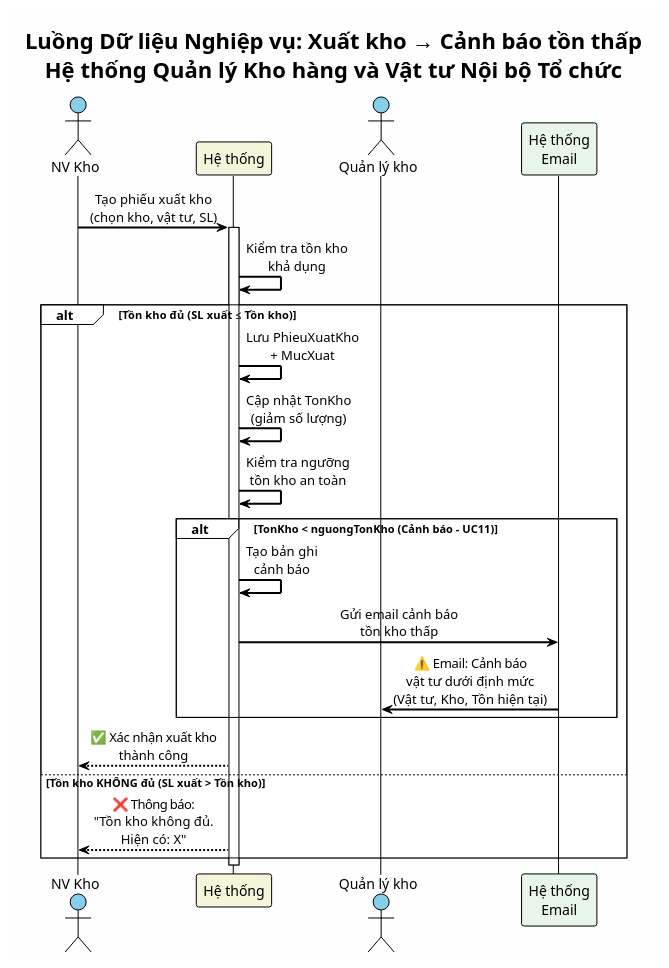
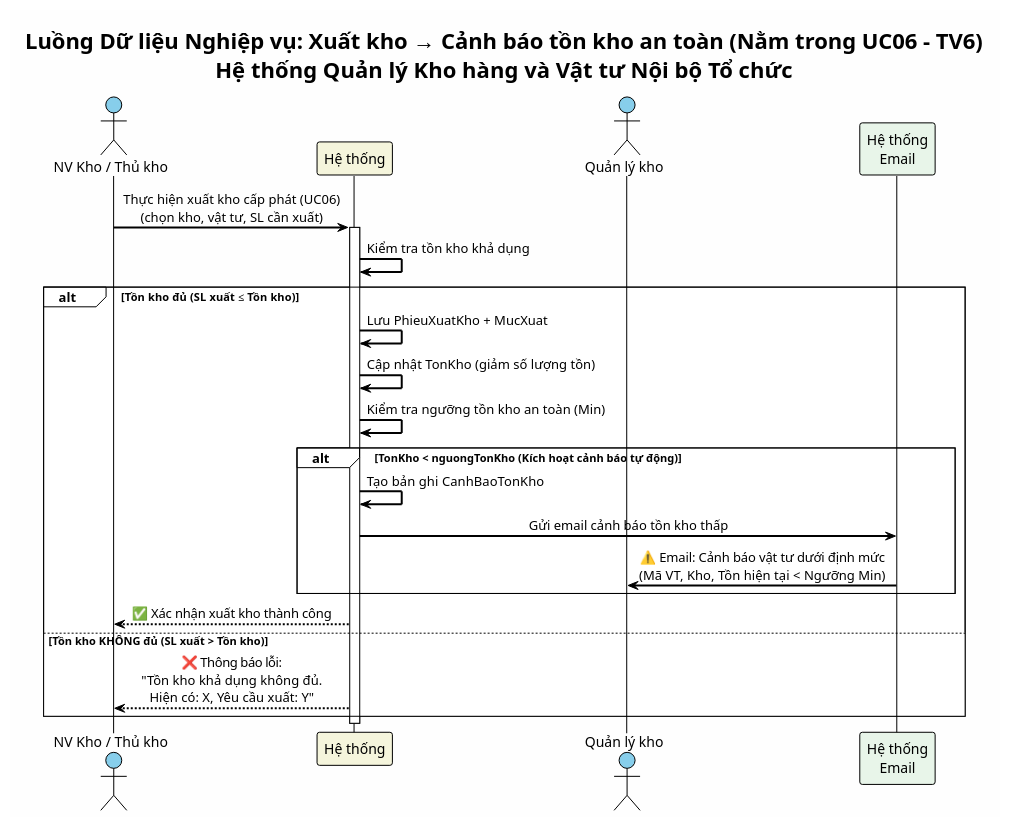
One commit to vuhoabinh2416137/G8_Quanlysanphamvakhohang changed the diagram in BTL-QuanLyKhoHang/plantuml/functional-model-flow-xuat-canh-bao.puml. Above: the diagram before and after it, drawn with PlantUML. The commit also changed 18 other files, not shown here.

Commit message:
feat(model): Chuan hoa 07 Use Case cot loi can bang 1-1 cho 7 thanh vien, cap nhat UCP 82.76, BFD, specs va diagrams

```diff
--- a/BTL-QuanLyKhoHang/plantuml/functional-model-flow-xuat-canh-bao.puml
+++ b/BTL-QuanLyKhoHang/plantuml/functional-model-flow-xuat-canh-bao.puml
@@ -1,43 +1,43 @@
 @startuml functional-model-flow-xuat-canh-bao
 !theme plain
 skinparam defaultFontName "Arial"
 skinparam backgroundColor #FEFEFE
 skinparam sequenceArrowThickness 2
 skinparam sequenceMessageAlign center
 
-title Luồng Dữ liệu Nghiệp vụ: Xuất kho → Cảnh báo tồn thấp\nHệ thống Quản lý Kho hàng và Vật tư Nội bộ Tổ chức
+title Luồng Dữ liệu Nghiệp vụ: Xuất kho → Cảnh báo tồn kho an toàn (Nằm trong UC06 - TV6)\nHệ thống Quản lý Kho hàng và Vật tư Nội bộ Tổ chức
 
-actor "NV Kho" as NV_K #87CEEB
+actor "NV Kho / Thủ kho" as NV_K #87CEEB
 participant "Hệ thống" as HT #F5F5DC
 actor "Quản lý kho" as QLK #87CEEB
 participant "Hệ thống\nEmail" as EMAIL #E8F5E9
 
-NV_K -> HT : Tạo phiếu xuất kho\n(chọn kho, vật tư, SL)
+NV_K -> HT : Thực hiện xuất kho cấp phát (UC06)\n(chọn kho, vật tư, SL cần xuất)
 activate HT
 
-HT -> HT : Kiểm tra tồn kho\nkhả dụng
+HT -> HT : Kiểm tra tồn kho khả dụng
 
 alt Tồn kho đủ (SL xuất ≤ Tồn kho)
 
-    HT -> HT : Lưu PhieuXuatKho\n+ MucXuat
-    HT -> HT : Cập nhật TonKho\n(giảm số lượng)
+    HT -> HT : Lưu PhieuXuatKho + MucXuat
+    HT -> HT : Cập nhật TonKho (giảm số lượng tồn)
 
-    HT -> HT : Kiểm tra ngưỡng\ntồn kho an toàn
+    HT -> HT : Kiểm tra ngưỡng tồn kho an toàn (Min)
 
-    alt TonKho < nguongTonKho (Cảnh báo - UC11)
-        HT -> HT : Tạo bản ghi\ncảnh báo
-        HT -> EMAIL : Gửi email cảnh báo\ntồn kho thấp
-        EMAIL -> QLK : ⚠️ Email: Cảnh báo\nvật tư dưới định mức\n(Vật tư, Kho, Tồn hiện tại)
+    alt TonKho < nguongTonKho (Kích hoạt cảnh báo tự động)
+        HT -> HT : Tạo bản ghi CanhBaoTonKho
+        HT -> EMAIL : Gửi email cảnh báo tồn kho thấp
+        EMAIL -> QLK : ⚠️ Email: Cảnh báo vật tư dưới định mức\n(Mã VT, Kho, Tồn hiện tại < Ngưỡng Min)
     end
 
-    HT --> NV_K : ✅ Xác nhận xuất kho\nthành công
+    HT --> NV_K : ✅ Xác nhận xuất kho thành công
 
 else Tồn kho KHÔNG đủ (SL xuất > Tồn kho)
 
-    HT --> NV_K : ❌ Thông báo:\n"Tồn kho không đủ.\nHiện có: X"
+    HT --> NV_K : ❌ Thông báo lỗi:\n"Tồn kho khả dụng không đủ.\nHiện có: X, Yêu cầu xuất: Y"
 
 end
 
 deactivate HT
 
 @enduml
```
